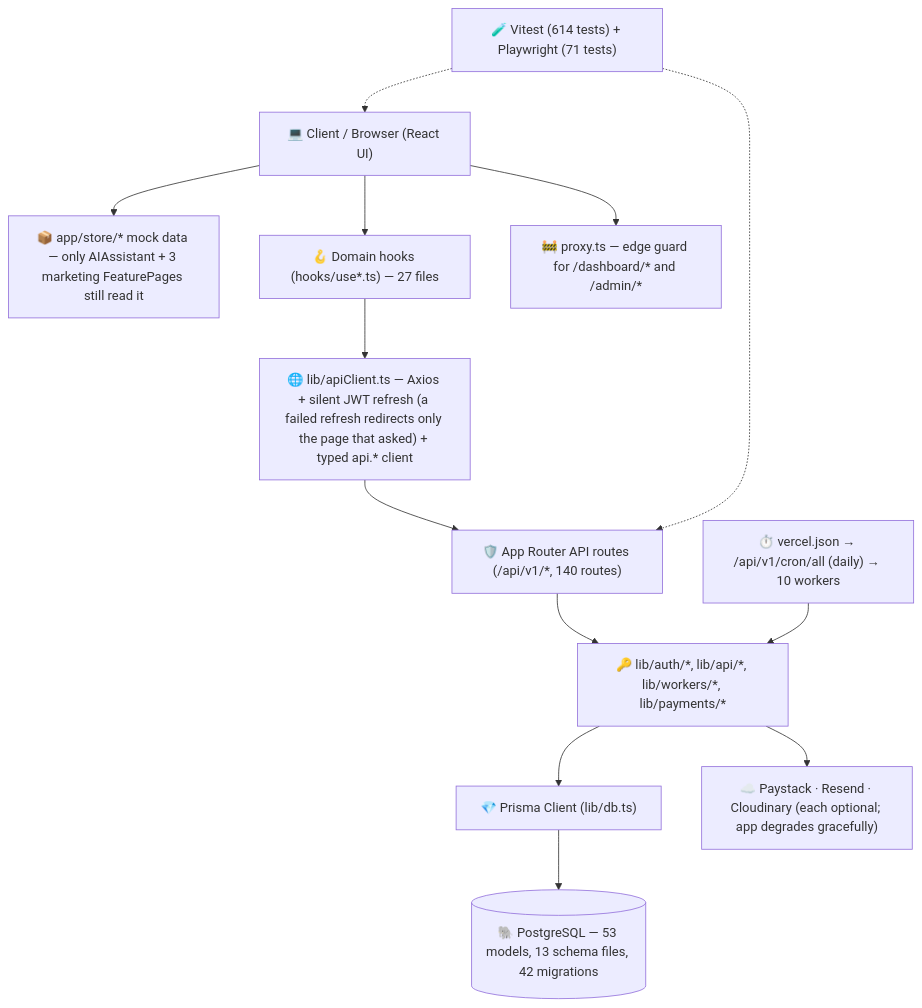
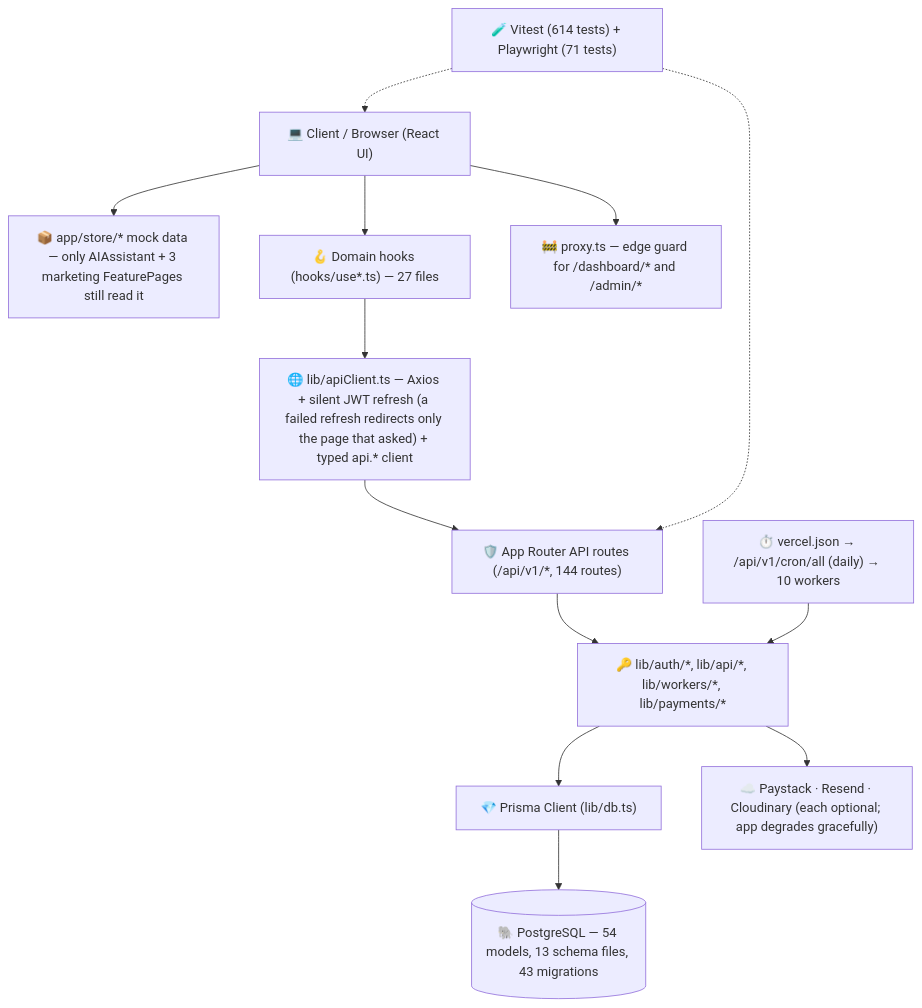
One commit to Proplity/proplity changed the diagram in PROJECT_STRUCTURE.md. Above: the diagram before and after it, drawn with Mermaid. The commit also changed other lines of this file and 37 other files, not shown here.

````diff
--- a/PROJECT_STRUCTURE.md
+++ b/PROJECT_STRUCTURE.md
@@ -11,28 +11,28 @@
 ```mermaid
 graph TD
     Client["💻 Client / Browser (React UI)"]
     Store["📦 app/store/* mock data — only AIAssistant + 3 marketing FeaturePages still read it"]
     Hooks["🪝 Domain hooks (hooks/use*.ts) — 27 files"]
     ApiClient["🌐 lib/apiClient.ts — Axios + silent JWT refresh (a failed refresh redirects only the page that asked) + typed api.* client"]
     Proxy["🚧 proxy.ts — edge guard for /dashboard/* and /admin/*"]
-    NextApi["🛡️ App Router API routes (/api/v1/*, 140 routes)"]
+    NextApi["🛡️ App Router API routes (/api/v1/*, 144 routes)"]
     LibCore["🔑 lib/auth/*, lib/api/*, lib/workers/*, lib/payments/*"]
     PrismaClient["💎 Prisma Client (lib/db.ts)"]
-    Postgres[("🐘 PostgreSQL — 53 models, 13 schema files, 42 migrations")]
+    Postgres[("🐘 PostgreSQL — 54 models, 13 schema files, 43 migrations")]
     Cron["⏱️ vercel.json → /api/v1/cron/all (daily) → 10 workers"]
     Ext["☁️ Paystack · Resend · Cloudinary (each optional; app degrades gracefully)"]
     Tests["🧪 Vitest (614 tests) + Playwright (71 tests)"]
 
     Client --> Store
     Client --> Proxy
     Client --> Hooks
     Hooks --> ApiClient
     ApiClient --> NextApi
     NextApi --> LibCore
     LibCore --> PrismaClient
     LibCore --> Ext
     Cron --> LibCore
     PrismaClient --> Postgres
     Tests -.-> NextApi
     Tests -.-> Client
 ```
````
